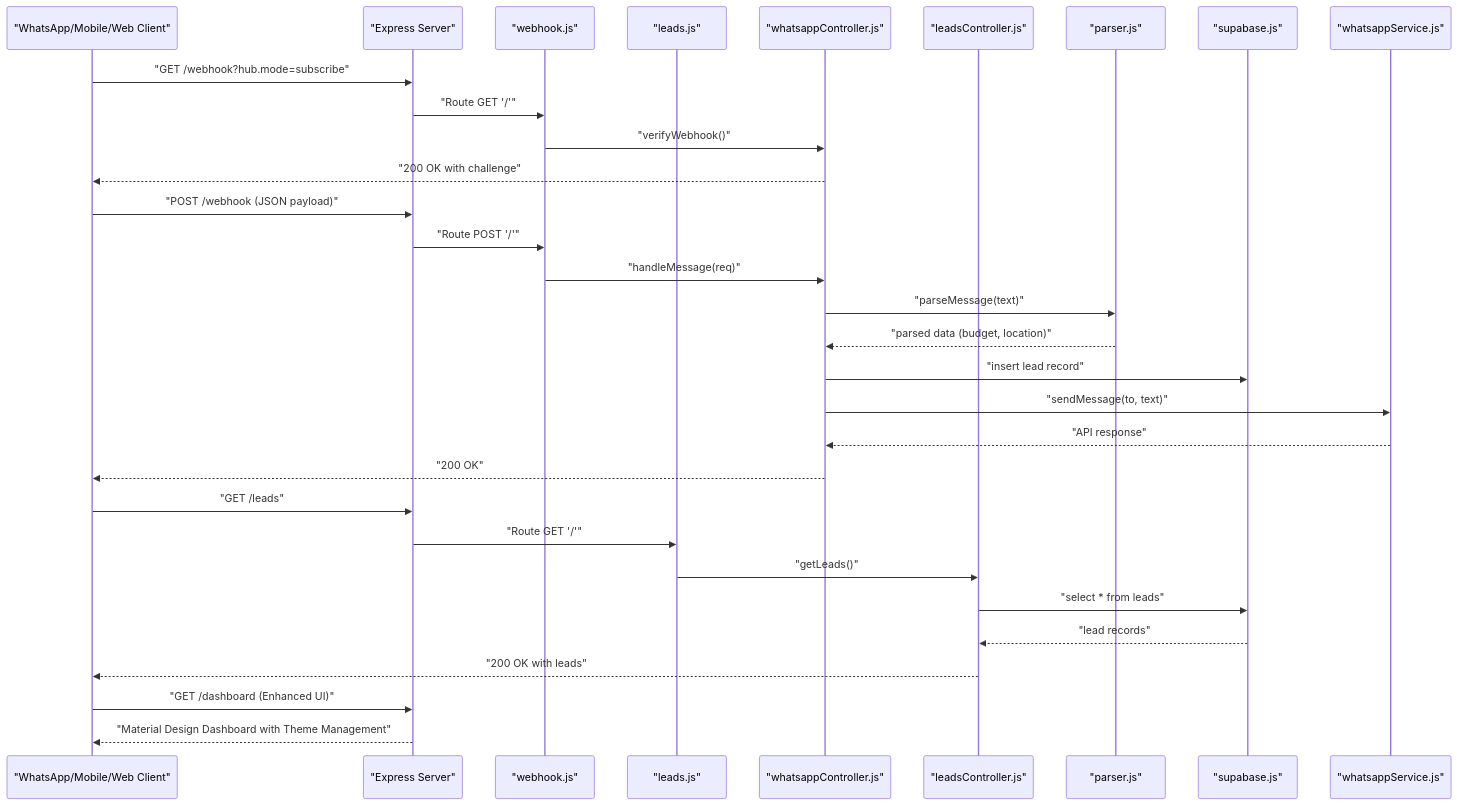
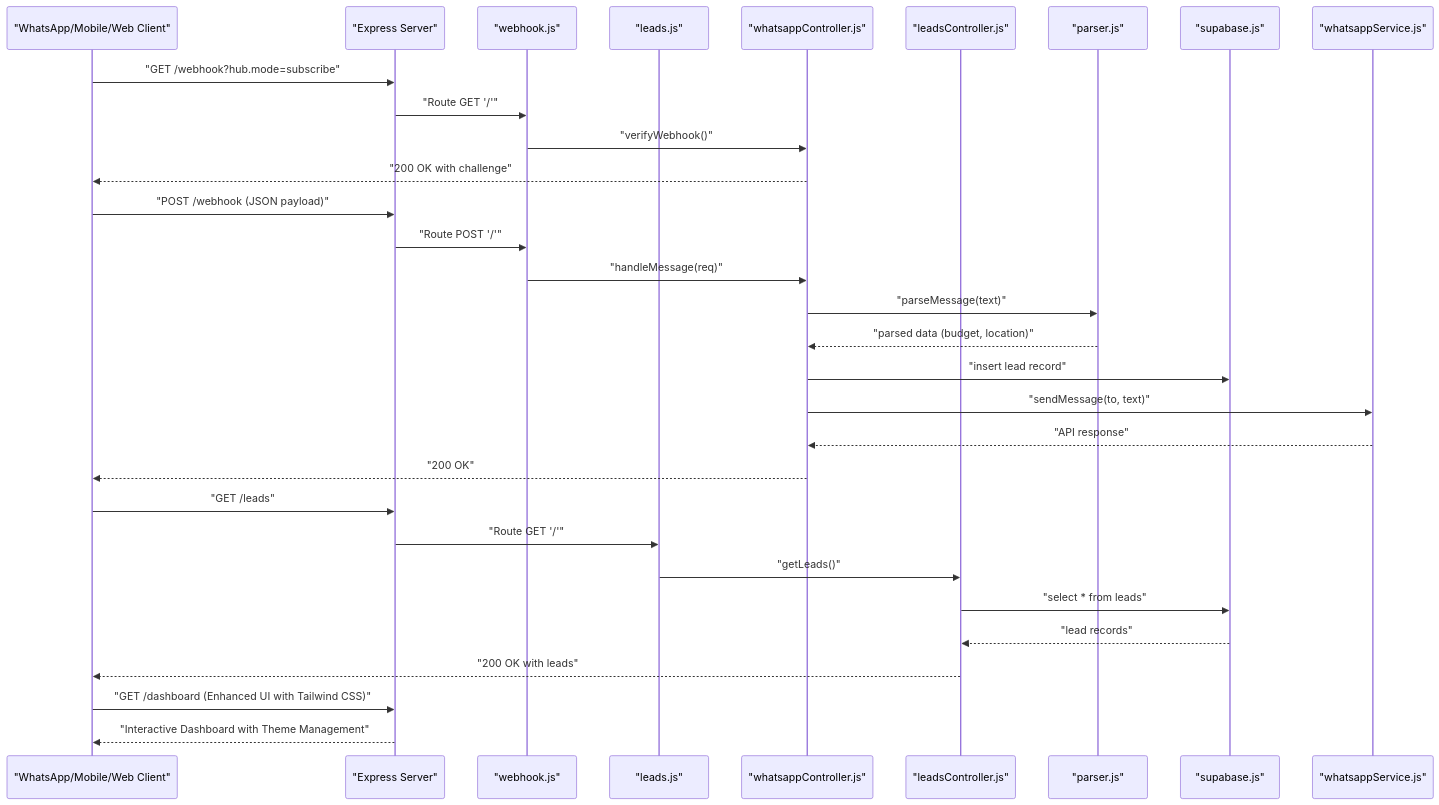
The second of 4 diagrams in .qoder/repowiki/en/content/Development Guide.md (hariom-wdsadhunik/SaaS-Project), drawn with Mermaid before and after one commit. The commit also changed other lines of this file and 27 other files, not shown here.

````diff
--- a/.qoder/repowiki/en/content/Development Guide.md
+++ b/.qoder/repowiki/en/content/Development Guide.md
@@ -141,33 +140,33 @@
 ```mermaid
 sequenceDiagram
 participant Client as "WhatsApp/Mobile/Web Client"
 participant Server as "Express Server"
 participant WebhookRouter as "webhook.js"
 participant LeadsRouter as "leads.js"
 participant WhatsAppController as "whatsappController.js"
 participant LeadsController as "leadsController.js"
 participant Parser as "parser.js"
 participant Supabase as "supabase.js"
 participant WhatsAppService as "whatsappService.js"
 Client->>Server : "GET /webhook?hub.mode=subscribe"
 Server->>WebhookRouter : "Route GET '/'"
 WebhookRouter->>WhatsAppController : "verifyWebhook()"
 WhatsAppController-->>Client : "200 OK with challenge"
 Client->>Server : "POST /webhook (JSON payload)"
 Server->>WebhookRouter : "Route POST '/'"
 WebhookRouter->>WhatsAppController : "handleMessage(req)"
 WhatsAppController->>Parser : "parseMessage(text)"
 Parser-->>WhatsAppController : "parsed data (budget, location)"
 WhatsAppController->>Supabase : "insert lead record"
 WhatsAppController->>WhatsAppService : "sendMessage(to, text)"
 WhatsAppService-->>WhatsAppController : "API response"
 WhatsAppController-->>Client : "200 OK"
 Client->>Server : "GET /leads"
 Server->>LeadsRouter : "Route GET '/'"
 LeadsRouter->>LeadsController : "getLeads()"
 LeadsController->>Supabase : "select * from leads"
 Supabase-->>LeadsController : "lead records"
 LeadsController-->>Client : "200 OK with leads"
-Client->>Server : "GET /dashboard (Enhanced UI)"
-Server-->>Client : "Material Design Dashboard with Theme Management"
+Client->>Server : "GET /dashboard (Enhanced UI with Tailwind CSS)"
+Server-->>Client : "Interactive Dashboard with Theme Management"
 ```
````
